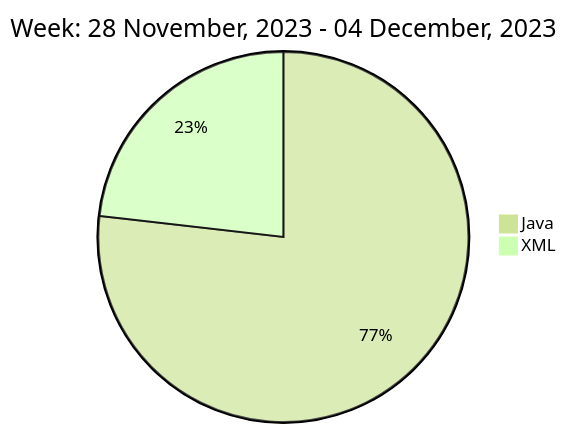
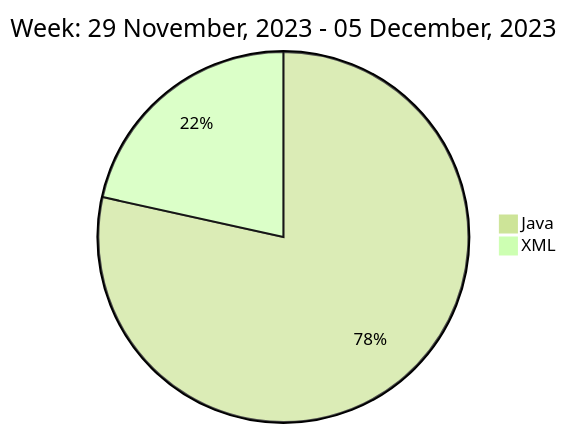
One commit to liubin95/liubin95 changed the diagram in README.md. Above: the diagram before and after it, drawn with Mermaid (forest theme).

Commit message:
Updated the Graph with new Metrics

````diff
--- a/README.md
+++ b/README.md
@@ -37,6 +37,6 @@
 ```mermaid
  pie
-title Week: 28 November, 2023 - 04 December, 2023
- "Java" : 7.62
- "XML" : 2.3
+title Week: 29 November, 2023 - 05 December, 2023
+ "Java" : 8.27
+ "XML" : 2.27
 ```
````
